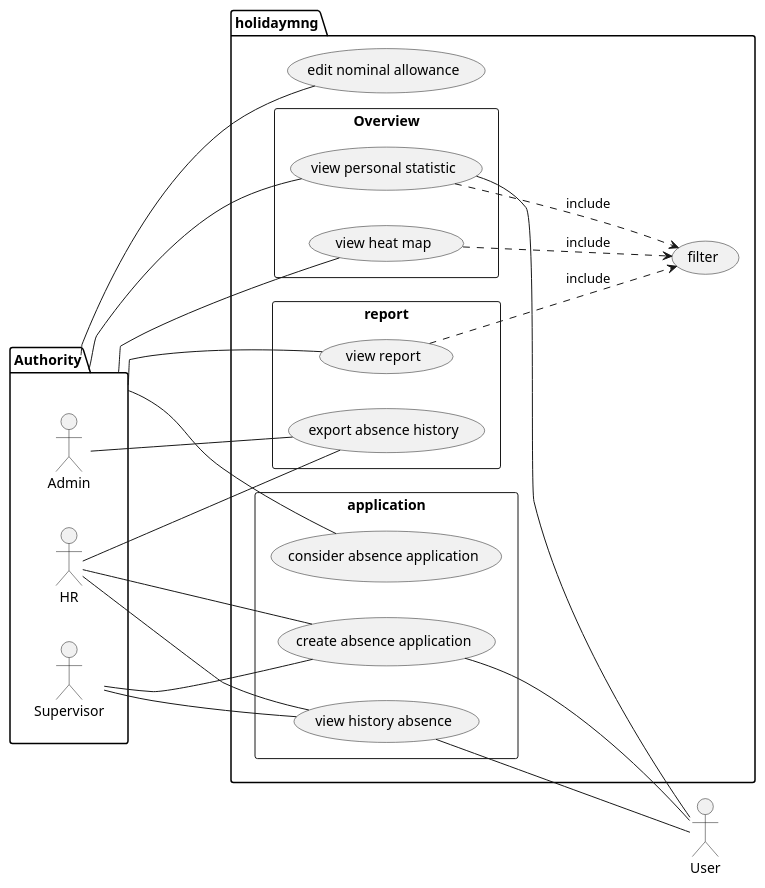
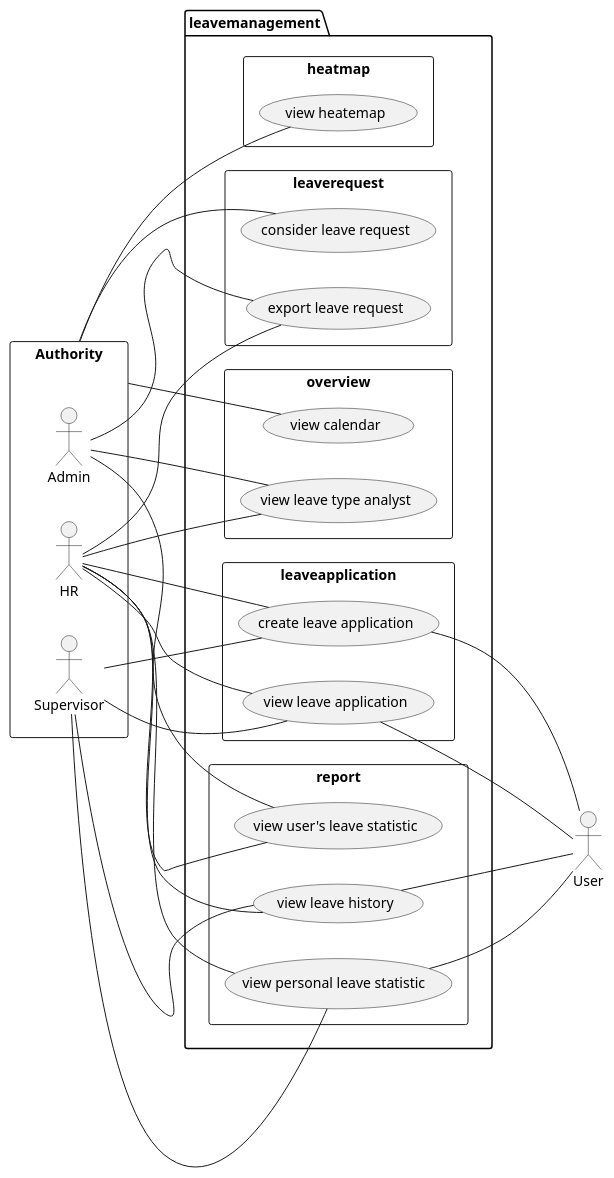
The diagram in timeoff/usecasetm.pu (ntathuw/lms), drawn with PlantUML before and after one commit.

Commit message:
edit usecase diagram of leavemanagement v2

```diff
--- a/timeoff/usecasetm.pu
+++ b/timeoff/usecasetm.pu
@@ -1,51 +1,59 @@
 @startuml
 left to right direction
-
-package holidaymng {
-    rectangle Overview {
-        usecase "view personal statistic" as uc1
-        usecase "view heat map" as uc2
+package leavemanagement {
+    rectangle leaveapplication {
+        usecase "create leave application" as uc1
+        usecase "view leave application" as uc9
+    }
+    rectangle leaverequest {
+        usecase "consider leave request" as uc2
+        usecase "export leave request" as uc3
     }
     rectangle report {
-        usecase "view report" as uc3
-        usecase "export absence history" as uc9
+        usecase "view personal leave statistic " as uc4
+        usecase "view user's leave statistic" as uc8
+        usecase "view leave history" as uc5
     }
-    rectangle application {
-        usecase "create absence application" as uc4
-        usecase "consider absence application" as uc5
-        usecase "view history absence" as uc7
+    rectangle heatmap {
+        usecase "view heatemap" as uc6
     }
-    usecase "edit nominal allowance" as uc6
-    usecase "filter" as uc8
-
+    rectangle overview {
+        usecase "view calendar" as uc7
+        usecase "view leave type analyst" as uc10
+    }
 }
-    
-package Authority {
+rectangle Authority {
     actor Admin 
-    actor Supervisor 
-    actor HR 
+    actor Supervisor
+    actor HR
 }
 actor User 
+HR --- uc1
+Supervisor --- uc1
+uc1 --- User 
 
-Authority --- uc1
 Authority --- uc2
-uc1 .--> uc8:include
-uc2 .--> uc8:include
-Authority --- uc6
-uc1 --- User
+HR --- uc3
+Admin --- uc3
 
-Authority -- uc3
-uc3 .--> uc8:include
+Authority -- uc7
+uc4 ---- User
+HR --- uc4
+Supervisor --- uc4
 
-uc4 --- User
-HR --- uc4
-Supervisor -- uc4
-
-Authority --- uc5
-uc7 --- User
-HR -- uc7
-Supervisor --- uc7
+Admin --- uc8
+HR --- uc8
 
 HR --- uc9
-Admin --- uc9 
+Supervisor --- uc9
+User --- uc9
+
+Authority -- uc6
+
+uc5 --- User
+HR --- uc5
+Supervisor --- uc5
+
+HR --- uc10
+Admin --- uc10
 @enduml 
```
